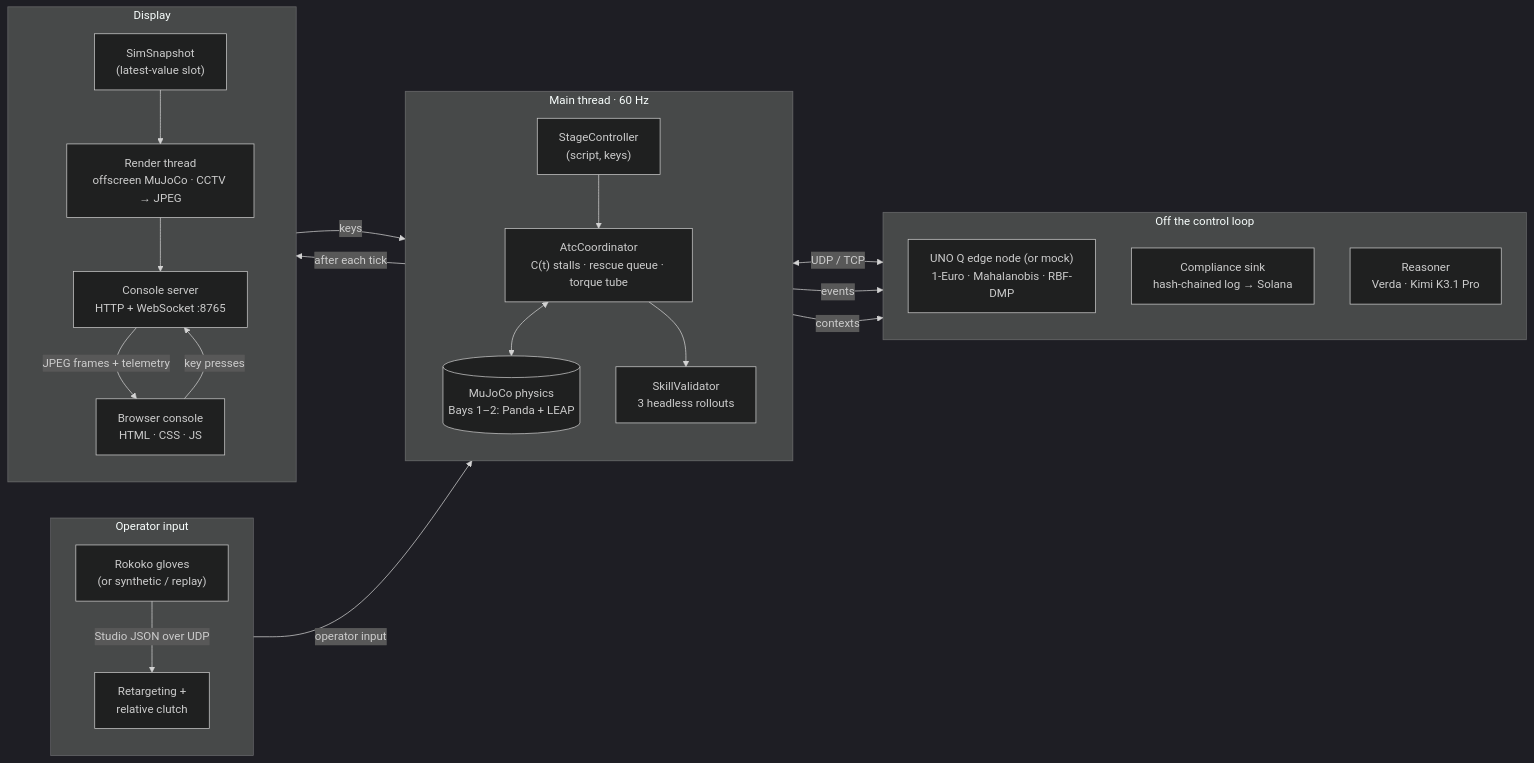
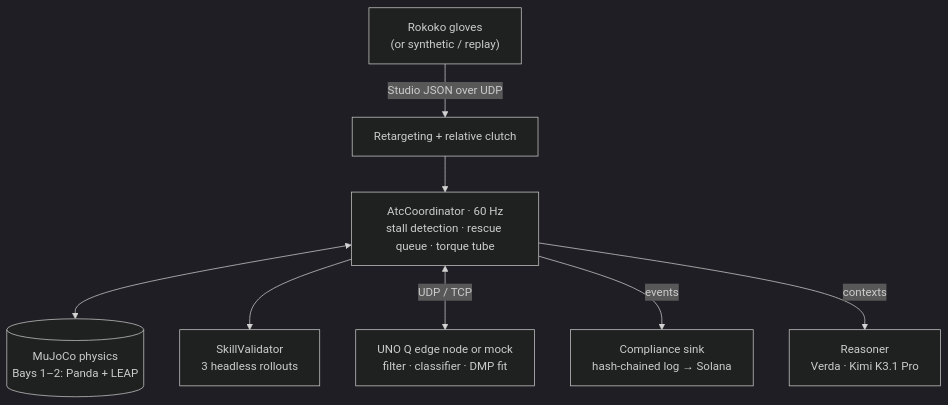
The first of 3 diagrams in README.md (Mr-Moody/Dex-ET2), drawn with Mermaid (dark theme) before and after one commit. The commit also changed other lines of this file, not shown here.

Commit message:
docs(readme): split architecture diagram into two vertical flowcharts

````diff
--- a/README.md
+++ b/README.md
@@ -18,45 +21,19 @@
 ```mermaid
-flowchart LR
-    subgraph IN["Operator input"]
-        direction TB
-        GLOVES["Rokoko gloves<br/>(or synthetic / replay)"]
-        RET["Retargeting +<br/>relative clutch"]
-        GLOVES -->|"Studio JSON over UDP"| RET
-    end
+flowchart TD
+    GLOVES["Rokoko gloves<br/>(or synthetic / replay)"]
+    RET["Retargeting + relative clutch"]
+    COORD["AtcCoordinator · 60 Hz<br/>stall detection · rescue queue · torque tube"]
+    PHYS[("MuJoCo physics<br/>Bays 1–2: Panda + LEAP")]
+    GATE["SkillValidator<br/>3 headless rollouts"]
+    UNOQ["UNO Q edge node or mock<br/>filter · classifier · DMP fit"]
+    SOL["Compliance sink<br/>hash-chained log → Solana"]
+    KIMI["Reasoner<br/>Verda · Kimi K3.1 Pro"]
 
-    subgraph MAIN["Main thread · 60 Hz"]
-        direction TB
-        STAGE["StageController<br/>(script, keys)"]
-        COORD["AtcCoordinator<br/>C(t) stalls · rescue queue · torque tube"]
-        PHYS[("MuJoCo physics<br/>Bays 1–2: Panda + LEAP")]
-        GATE["SkillValidator<br/>3 headless rollouts"]
-        STAGE --> COORD
-        COORD <--> PHYS
-        COORD --> GATE
-    end
-
-    subgraph SIDE["Off the control loop"]
-        direction TB
-        UNOQ["UNO Q edge node (or mock)<br/>1-Euro · Mahalanobis · RBF-DMP"]
-        SOL["Compliance sink<br/>hash-chained log → Solana"]
-        KIMI["Reasoner<br/>Verda · Kimi K3.1 Pro"]
-    end
-
-    subgraph VIEW["Display"]
-        direction TB
-        SNAP["SimSnapshot<br/>(latest-value slot)"]
-        REND["Render thread<br/>offscreen MuJoCo · CCTV → JPEG"]
-        SRV["Console server<br/>HTTP + WebSocket :8765"]
-        WEB["Browser console<br/>HTML · CSS · JS"]
-        SNAP --> REND --> SRV
-        SRV -->|"JPEG frames + telemetry"| WEB
-        WEB -->|"key presses"| SRV
-    end
-
-    RET -->|"operator input"| STAGE
+    GLOVES -->|"Studio JSON over UDP"| RET
+    RET --> COORD
+    COORD <--> PHYS
+    COORD --> GATE
     COORD <-->|"UDP / TCP"| UNOQ
     COORD -->|"events"| SOL
     COORD -->|"contexts"| KIMI
-    COORD -->|"after each tick"| SNAP
-    SRV -->|"keys"| STAGE
 ```
````
